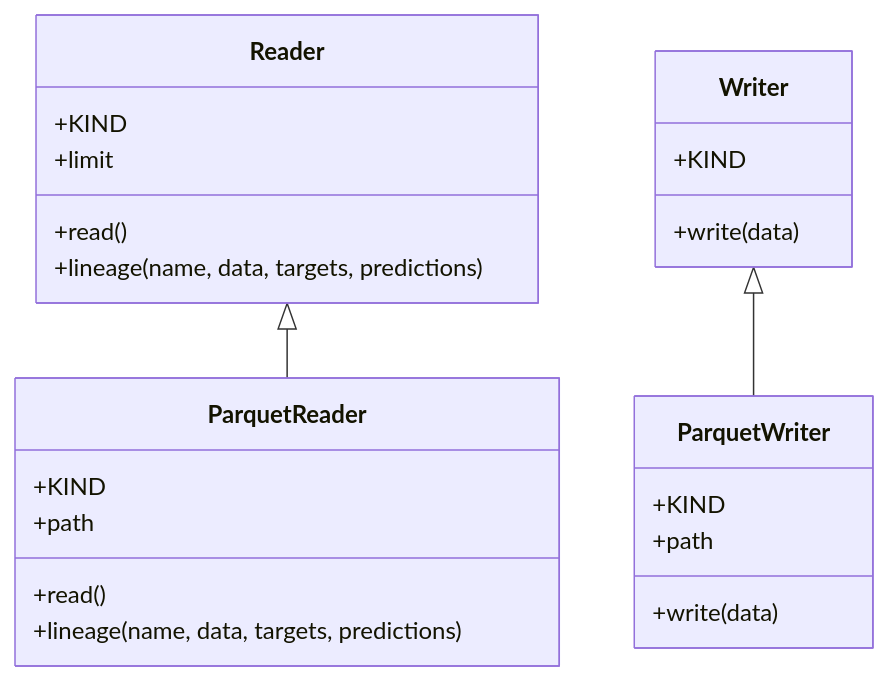
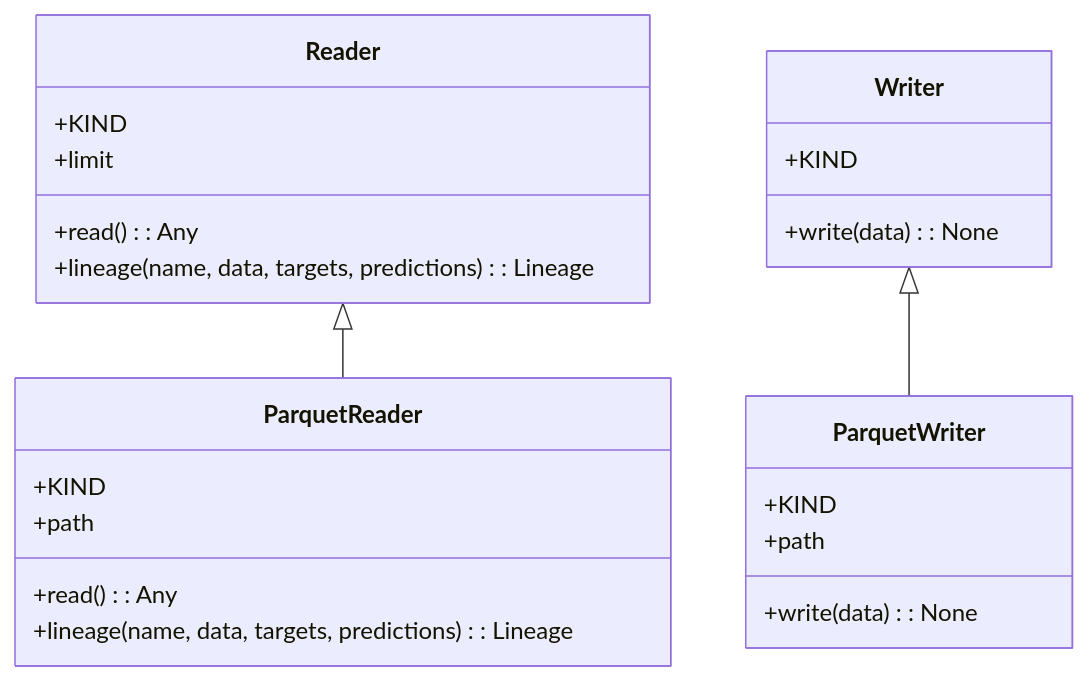
The first of 2 diagrams in wiki/datasets.md (lgcorzo/mlops-python-package), drawn with Mermaid before and after one commit. The commit also changed other lines of this file and 31 other files, not shown here.

````diff
--- a/wiki/datasets.md
+++ b/wiki/datasets.md
@@ -16,26 +16,26 @@
 ```mermaid
 classDiagram
     class Reader {
         +KIND
         +limit
-        +read()
-        +lineage(name, data, targets, predictions)
+        +read() : Any
+        +lineage(name, data, targets, predictions) : Lineage
     }
-    Reader <|-- ParquetReader
     class ParquetReader {
         +KIND
         +path
-        +read()
-        +lineage(name, data, targets, predictions)
+        +read() : Any
+        +lineage(name, data, targets, predictions) : Lineage
     }
+    Reader <|-- ParquetReader
     class Writer {
         +KIND
-        +write(data)
+        +write(data) : None
     }
-    Writer <|-- ParquetWriter
     class ParquetWriter {
         +KIND
         +path
-        +write(data)
+        +write(data) : None
     }
+    Writer <|-- ParquetWriter
 ```
````
